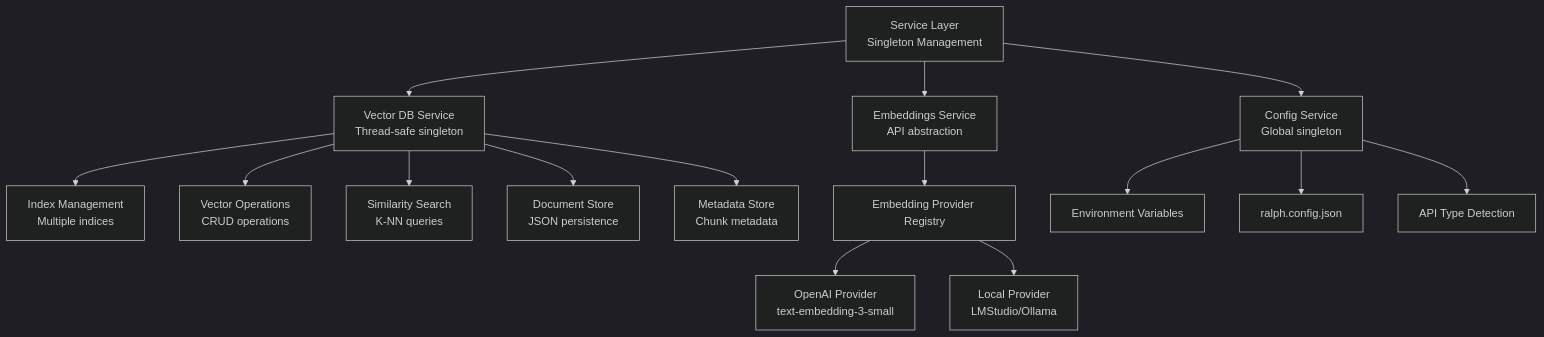
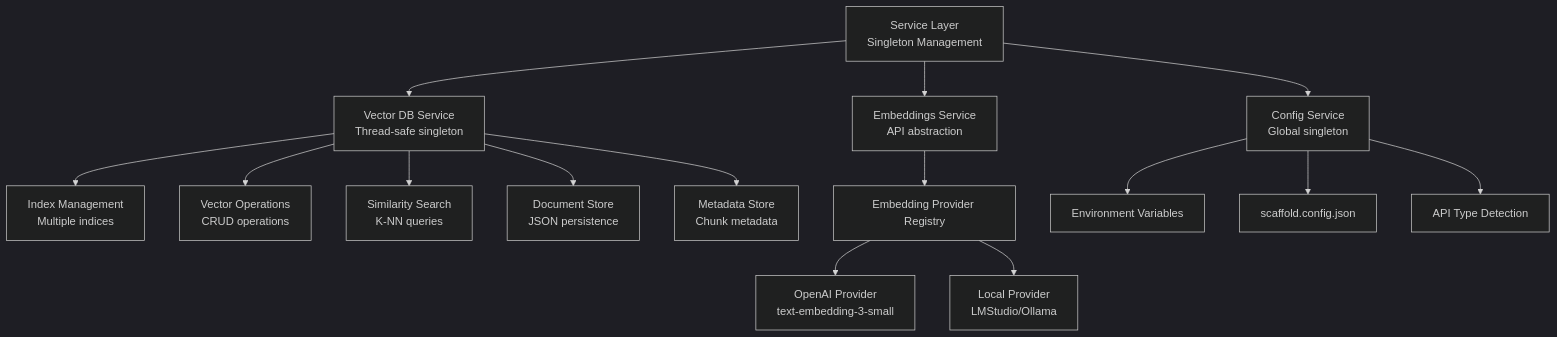
One commit to tgittos/scaffold changed the fifth of 16 diagrams in ARCHITECTURE.md. Above: the diagram before and after it, drawn with Mermaid (dark theme). The commit also changed other lines of this file and 58 other files, not shown here.

First line of the commit message:
Eliminate ralph binary, consolidate to single scaffold binary

````diff
--- a/ARCHITECTURE.md
+++ b/ARCHITECTURE.md
@@ -256,20 +256,20 @@
 ```mermaid
 graph TB
     Services[Service Layer<br/>Singleton Management] --> VectorDBSvc[Vector DB Service<br/>Thread-safe singleton]
     Services --> EmbeddingsSvc[Embeddings Service<br/>API abstraction]
     Services --> ConfigSvc[Config Service<br/>Global singleton]
 
     VectorDBSvc --> IndexMgmt[Index Management<br/>Multiple indices]
     VectorDBSvc --> VectorOps[Vector Operations<br/>CRUD operations]
     VectorDBSvc --> Search[Similarity Search<br/>K-NN queries]
     VectorDBSvc --> DocStore[Document Store<br/>JSON persistence]
     VectorDBSvc --> MetaStore[Metadata Store<br/>Chunk metadata]
 
     EmbeddingsSvc --> EmbedRegistry[Embedding Provider Registry]
     EmbedRegistry --> OpenAIEmbed[OpenAI Provider<br/>text-embedding-3-small]
     EmbedRegistry --> LocalEmbed[Local Provider<br/>LMStudio/Ollama]
 
     ConfigSvc --> EnvVars[Environment Variables]
-    ConfigSvc --> ConfigFile[ralph.config.json]
+    ConfigSvc --> ConfigFile[scaffold.config.json]
     ConfigSvc --> APIDetection[API Type Detection]
 ```
````
